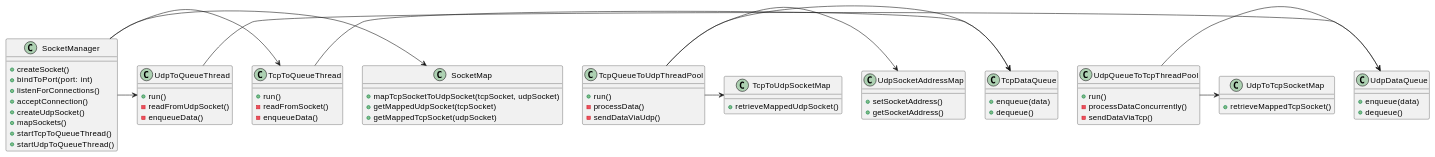
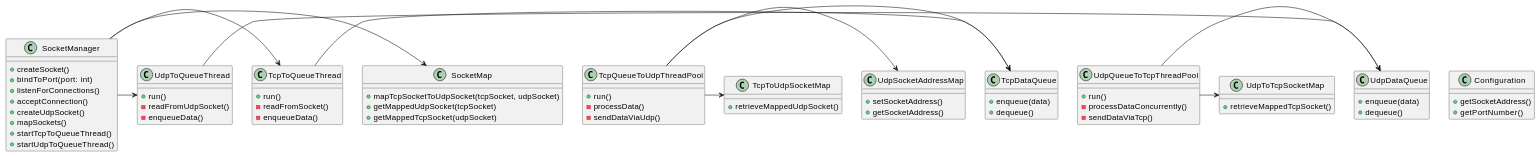
The sixth of 6 diagrams in doc/server.md (xiguichen/tcpudp), drawn with PlantUML before and after one commit. The commit also changed 3 other files, not shown here.

```diff
--- a/doc/server.md
+++ b/doc/server.md
@@ -116,4 +116,10 @@
 @startuml
+
+class Configuration
+{
+    +getSocketAddress()
+    +getPortNumber()
+}
 
 class SocketManager {
     +createSocket()
```
